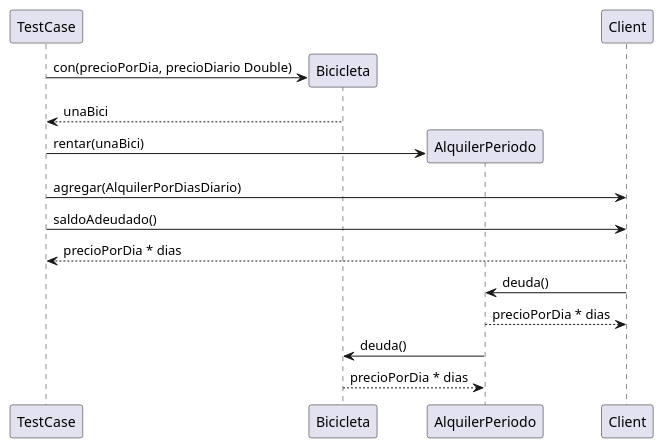
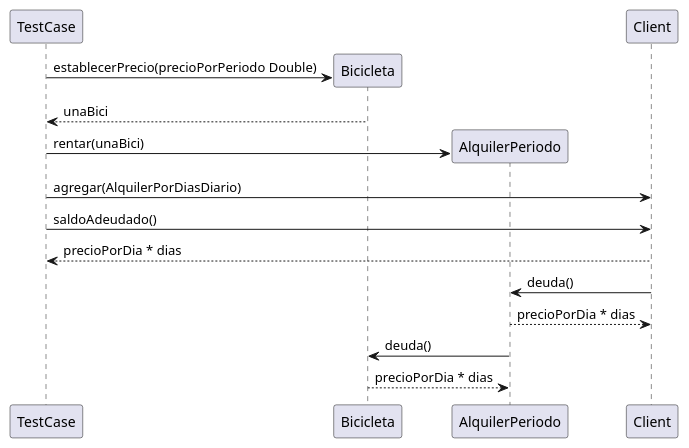
One commit to fiuba/algo3_simulacro_tn_alquiler_bici changed the diagram in media/diagrams/ds_alquiler_por_dias.plantuml. Above: the diagram before and after it, drawn with PlantUML. The commit also changed 2 other files, not shown here.

```diff
--- a/media/diagrams/ds_alquiler_por_dias.plantuml
+++ b/media/diagrams/ds_alquiler_por_dias.plantuml
@@ -1,21 +1,21 @@
 @startuml
 
-TestCase -> Bicicleta ** : con(precioPorDia, precioDiario Double)
+TestCase -> Bicicleta ** : establecerPrecio(precioPorPeriodo Double)
 return unaBici
 TestCase -> AlquilerPeriodo ** : rentar(unaBici)
 
 TestCase -> Client: agregar(AlquilerPorDiasDiario)
 
 TestCase -> Client: saldoAdeudado()
 return precioPorDia * dias
 
 Client -> AlquilerPeriodo: deuda()
 return precioPorDia * dias
 
 
 AlquilerPeriodo -> Bicicleta: deuda()
 return precioPorDia * dias
 
 
 
 @enduml 
```
